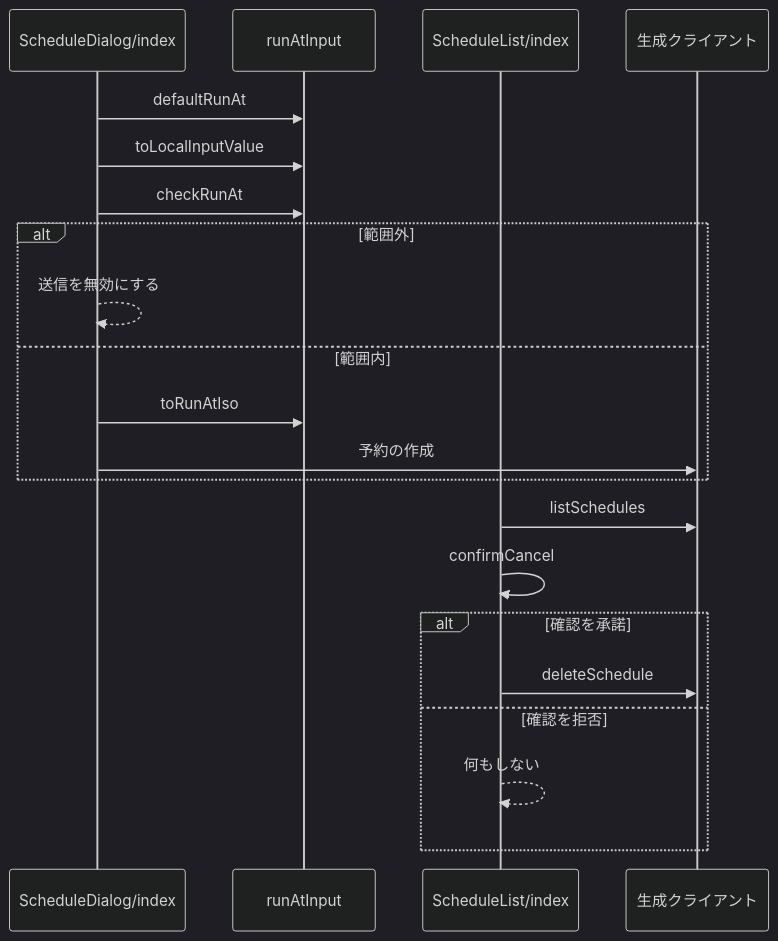
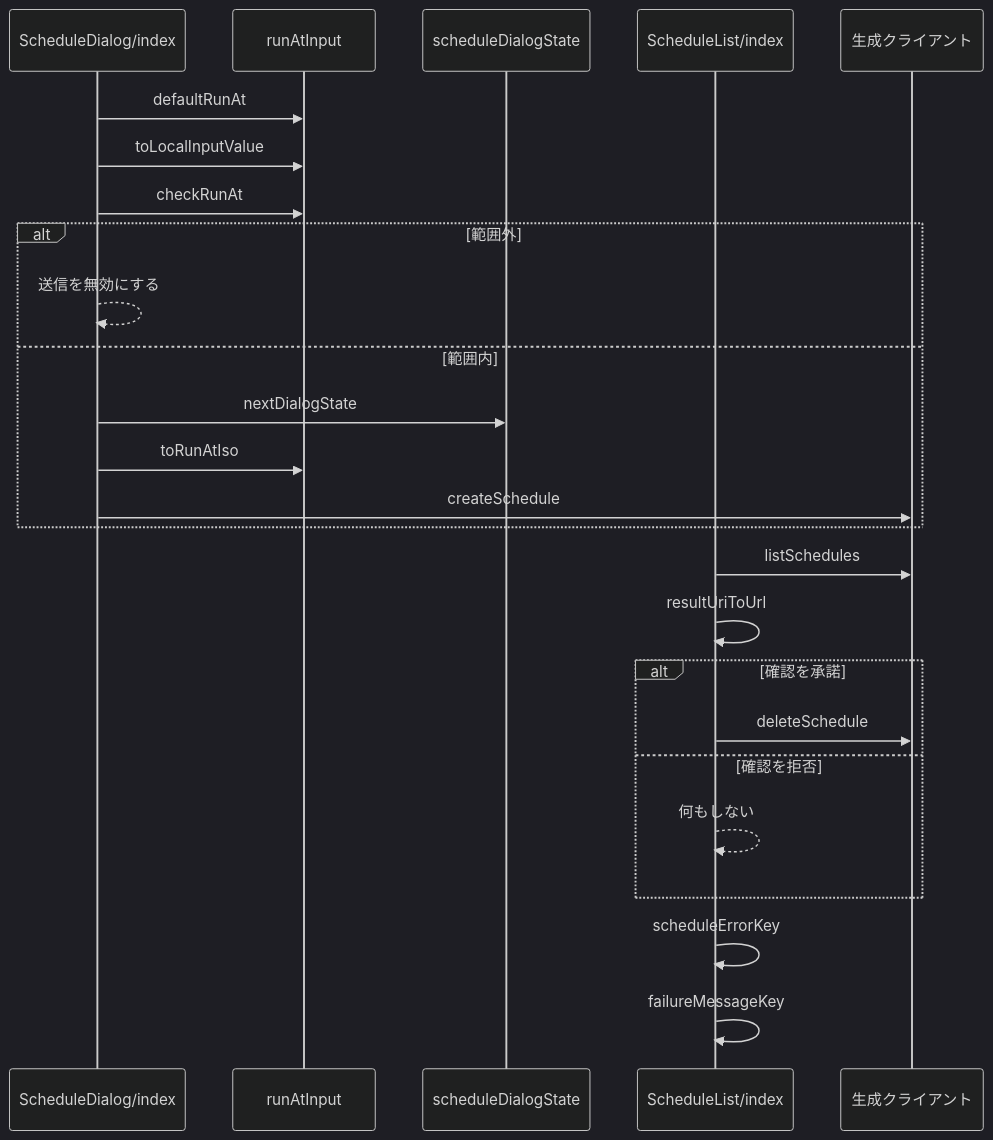
One commit to nekono-dev/skyshare changed the third of 3 diagrams in specs/schedule-form/design.md. Above: the diagram before and after it, drawn with Mermaid (dark theme). The commit also changed other lines of this file and 28 other files, not shown here.

````diff
--- a/specs/schedule-form/design.md
+++ b/specs/schedule-form/design.md
@@ -42,23 +50,27 @@
 ```mermaid
 sequenceDiagram
   participant ScheduleDialog as ScheduleDialog/index
   participant runAtInput
+  participant scheduleDialogState
   participant ScheduleList as ScheduleList/index
   participant ext_client as 生成クライアント
   ScheduleDialog->>runAtInput: defaultRunAt
   ScheduleDialog->>runAtInput: toLocalInputValue
   ScheduleDialog->>runAtInput: checkRunAt
   alt 範囲外
     ScheduleDialog-->>ScheduleDialog: 送信を無効にする
   else 範囲内
+    ScheduleDialog->>scheduleDialogState: nextDialogState
     ScheduleDialog->>runAtInput: toRunAtIso
-    ScheduleDialog->>ext_client: 予約の作成
+    ScheduleDialog->>ext_client: createSchedule
   end
   ScheduleList->>ext_client: listSchedules
-  ScheduleList->>ScheduleList: confirmCancel
+  ScheduleList->>ScheduleList: resultUriToUrl
   alt 確認を承諾
     ScheduleList->>ext_client: deleteSchedule
   else 確認を拒否
     ScheduleList-->>ScheduleList: 何もしない
   end
+  ScheduleList->>ScheduleList: scheduleErrorKey
+  ScheduleList->>ScheduleList: failureMessageKey
 ```
````
